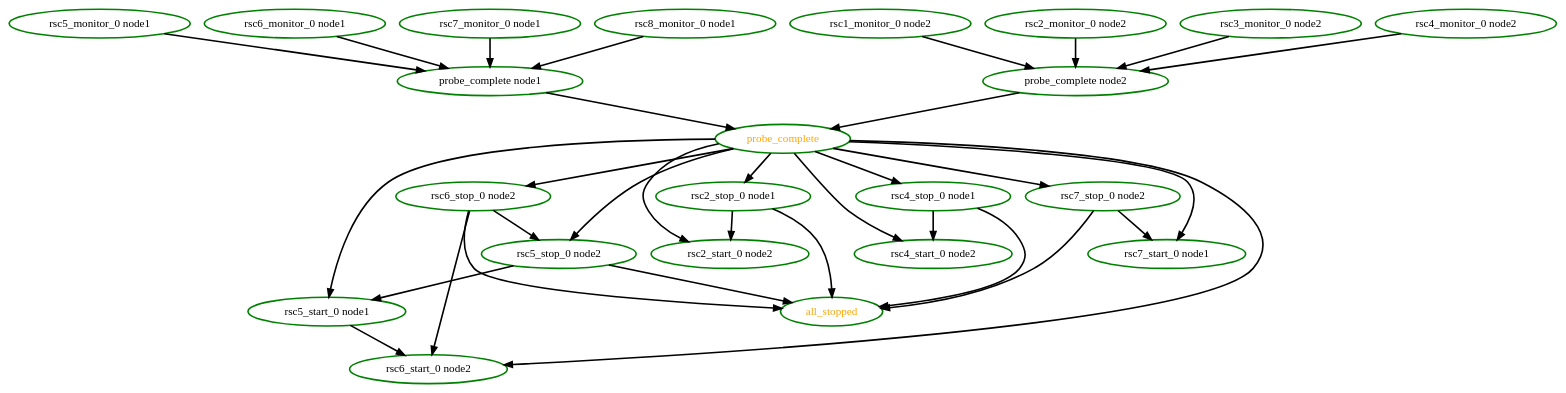
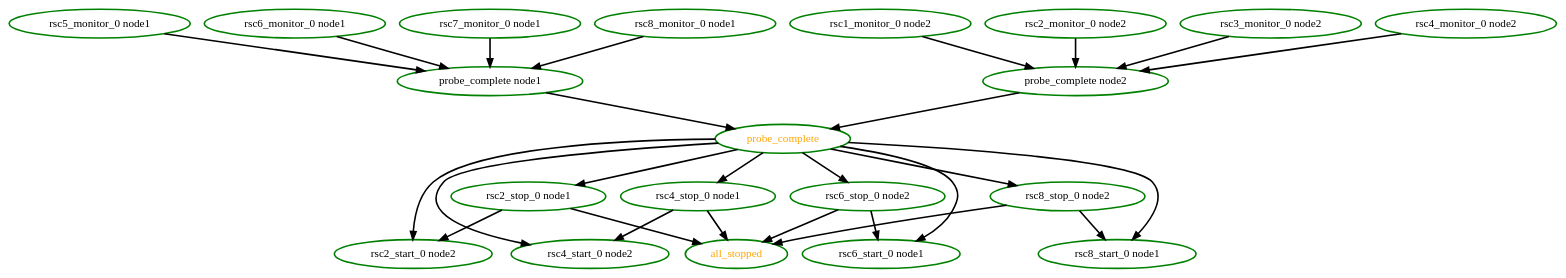
Before and after one commit to ClusterLabs/pacemaker: the diagram in pengine/test10/order6.dot, drawn with Graphviz. The commit also changed 370 other files, not shown here.

```diff
--- a/pengine/test10/order6.dot
+++ b/pengine/test10/order6.dot
@@ -1,56 +1,48 @@
  digraph "g" {
 "all_stopped" [ style=bold color="green" fontcolor="orange"  ]
 "probe_complete node1" -> "probe_complete" [ style = bold]
 "probe_complete node1" [ style=bold color="green" fontcolor="black" ]
 "probe_complete node2" -> "probe_complete" [ style = bold]
 "probe_complete node2" [ style=bold color="green" fontcolor="black" ]
 "probe_complete" -> "rsc2_start_0 node2" [ style = bold]
 "probe_complete" -> "rsc2_stop_0 node1" [ style = bold]
 "probe_complete" -> "rsc4_start_0 node2" [ style = bold]
 "probe_complete" -> "rsc4_stop_0 node1" [ style = bold]
-"probe_complete" -> "rsc5_start_0 node1" [ style = bold]
-"probe_complete" -> "rsc5_stop_0 node2" [ style = bold]
-"probe_complete" -> "rsc6_start_0 node2" [ style = bold]
+"probe_complete" -> "rsc6_start_0 node1" [ style = bold]
 "probe_complete" -> "rsc6_stop_0 node2" [ style = bold]
-"probe_complete" -> "rsc7_start_0 node1" [ style = bold]
-"probe_complete" -> "rsc7_stop_0 node2" [ style = bold]
+"probe_complete" -> "rsc8_start_0 node1" [ style = bold]
+"probe_complete" -> "rsc8_stop_0 node2" [ style = bold]
 "probe_complete" [ style=bold color="green" fontcolor="orange" ]
 "rsc1_monitor_0 node2" -> "probe_complete node2" [ style = bold]
 "rsc1_monitor_0 node2" [ style=bold color="green" fontcolor="black" ]
 "rsc2_monitor_0 node2" -> "probe_complete node2" [ style = bold]
 "rsc2_monitor_0 node2" [ style=bold color="green" fontcolor="black" ]
 "rsc2_start_0 node2" [ style=bold color="green" fontcolor="black" ]
 "rsc2_stop_0 node1" -> "all_stopped" [ style = bold]
 "rsc2_stop_0 node1" -> "rsc2_start_0 node2" [ style = bold]
 "rsc2_stop_0 node1" [ style=bold color="green" fontcolor="black" ]
 "rsc3_monitor_0 node2" -> "probe_complete node2" [ style = bold]
 "rsc3_monitor_0 node2" [ style=bold color="green" fontcolor="black" ]
 "rsc4_monitor_0 node2" -> "probe_complete node2" [ style = bold]
 "rsc4_monitor_0 node2" [ style=bold color="green" fontcolor="black" ]
 "rsc4_start_0 node2" [ style=bold color="green" fontcolor="black" ]
 "rsc4_stop_0 node1" -> "all_stopped" [ style = bold]
 "rsc4_stop_0 node1" -> "rsc4_start_0 node2" [ style = bold]
 "rsc4_stop_0 node1" [ style=bold color="green" fontcolor="black" ]
 "rsc5_monitor_0 node1" -> "probe_complete node1" [ style = bold]
 "rsc5_monitor_0 node1" [ style=bold color="green" fontcolor="black" ]
-"rsc5_start_0 node1" -> "rsc6_start_0 node2" [ style = bold]
-"rsc5_start_0 node1" [ style=bold color="green" fontcolor="black" ]
-"rsc5_stop_0 node2" -> "all_stopped" [ style = bold]
-"rsc5_stop_0 node2" -> "rsc5_start_0 node1" [ style = bold]
-"rsc5_stop_0 node2" [ style=bold color="green" fontcolor="black" ]
 "rsc6_monitor_0 node1" -> "probe_complete node1" [ style = bold]
 "rsc6_monitor_0 node1" [ style=bold color="green" fontcolor="black" ]
-"rsc6_start_0 node2" [ style=bold color="green" fontcolor="black" ]
+"rsc6_start_0 node1" [ style=bold color="green" fontcolor="black"  ]
 "rsc6_stop_0 node2" -> "all_stopped" [ style = bold]
-"rsc6_stop_0 node2" -> "rsc5_stop_0 node2" [ style = bold]
-"rsc6_stop_0 node2" -> "rsc6_start_0 node2" [ style = bold]
+"rsc6_stop_0 node2" -> "rsc6_start_0 node1" [ style = bold]
 "rsc6_stop_0 node2" [ style=bold color="green" fontcolor="black" ]
 "rsc7_monitor_0 node1" -> "probe_complete node1" [ style = bold]
 "rsc7_monitor_0 node1" [ style=bold color="green" fontcolor="black" ]
-"rsc7_start_0 node1" [ style=bold color="green" fontcolor="black" ]
-"rsc7_stop_0 node2" -> "all_stopped" [ style = bold]
-"rsc7_stop_0 node2" -> "rsc7_start_0 node1" [ style = bold]
-"rsc7_stop_0 node2" [ style=bold color="green" fontcolor="black" ]
 "rsc8_monitor_0 node1" -> "probe_complete node1" [ style = bold]
 "rsc8_monitor_0 node1" [ style=bold color="green" fontcolor="black" ]
+"rsc8_start_0 node1" [ style=bold color="green" fontcolor="black"  ]
+"rsc8_stop_0 node2" -> "all_stopped" [ style = bold]
+"rsc8_stop_0 node2" -> "rsc8_start_0 node1" [ style = bold]
+"rsc8_stop_0 node2" [ style=bold color="green" fontcolor="black"  ]
 }
```
